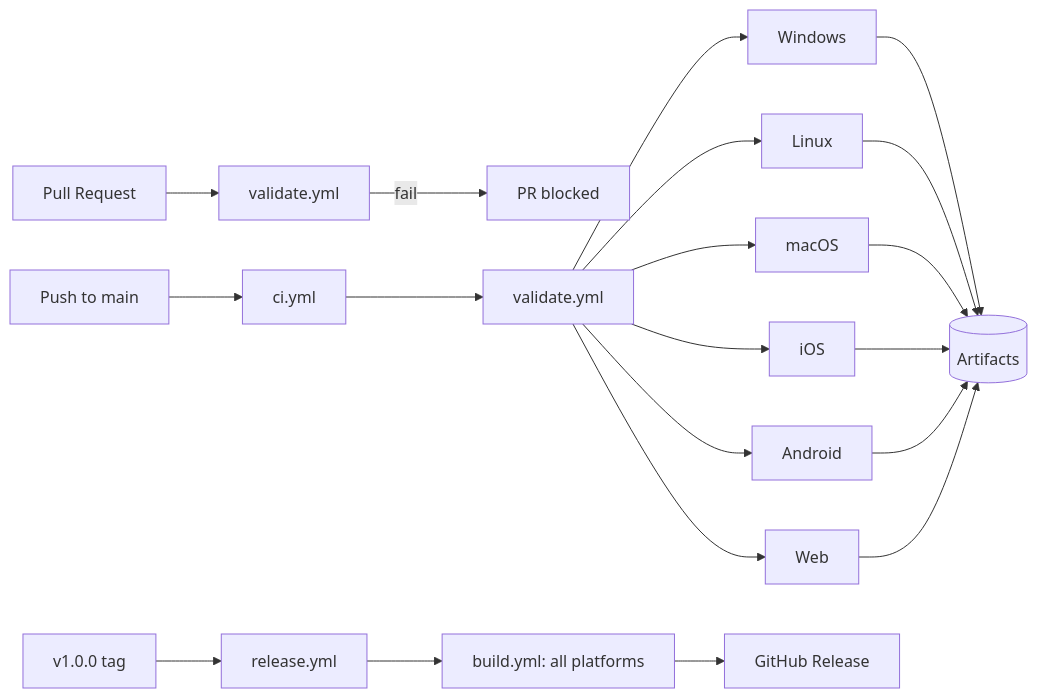
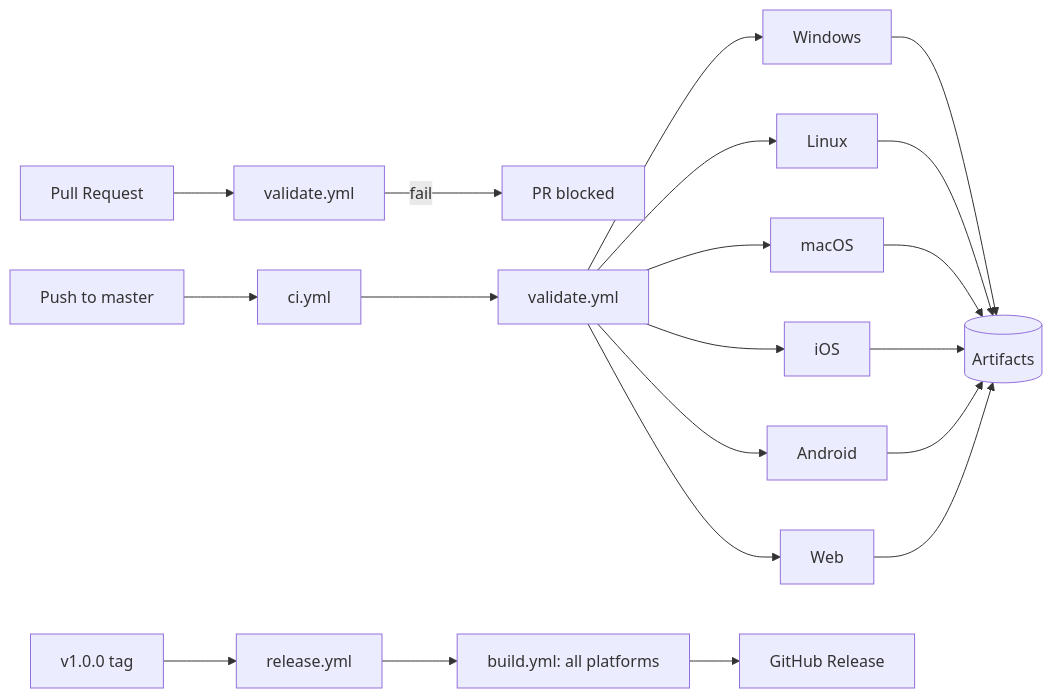
Before and after one commit to ssbhatia1/26_2_DineMaster: the diagram in README.md, drawn with Mermaid. The commit also changed other lines of this file and 2 other files, not shown here.

Commit message:
fix: switch CI triggers to master branch

````diff
--- a/README.md
+++ b/README.md
@@ -156,24 +156,24 @@
 ```mermaid
 flowchart LR
     PR[Pull Request] --> PRJ[validate.yml]
     PRJ --> |fail| FAIL[PR blocked]
 
-    Push[Push to main] --> CI[ci.yml]
+    Push[Push to master] --> CI[ci.yml]
     CI --> V[validate.yml]
     V --> B1[Windows]
     V --> B2[Linux]
     V --> B3[macOS]
     V --> B4[iOS]
     V --> B5[Android]
     V --> B6[Web]
     B1 --> A1[(Artifacts)]
     B2 --> A1
     B3 --> A1
     B4 --> A1
     B5 --> A1
     B6 --> A1
 
     Tag[v1.0.0 tag] --> R[release.yml]
     R --> RB[build.yml: all platforms]
     RB --> GHR[GitHub Release]
 ```
````
